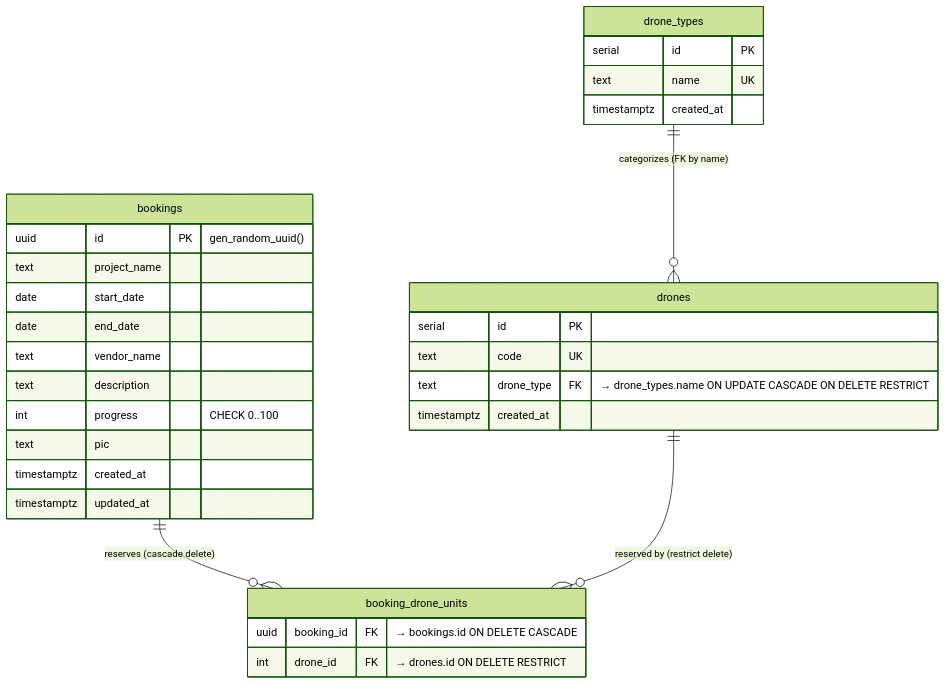
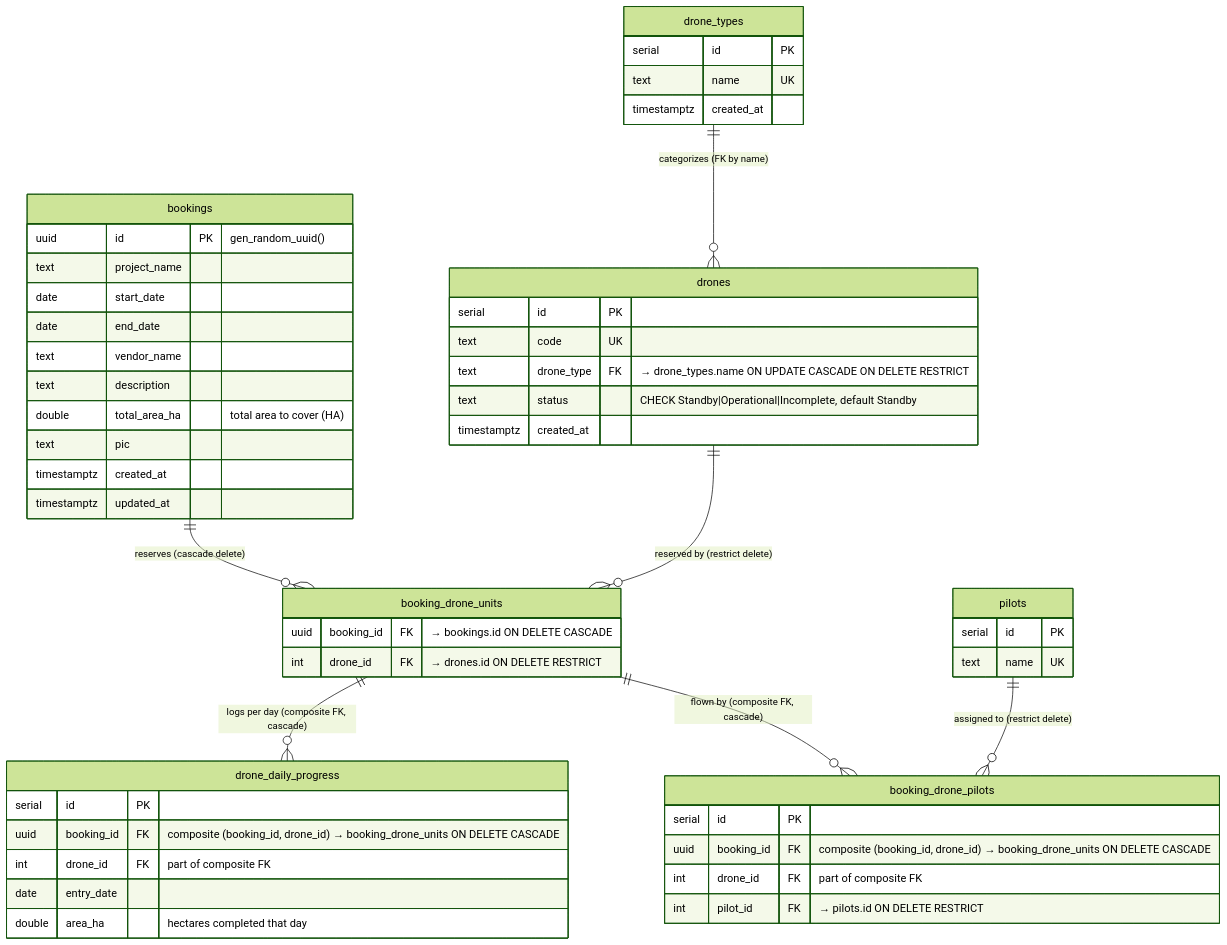
The second of 3 diagrams in docs/ARCHITECTURE.md (najibuhuy/book-my-drone), drawn with Mermaid (forest theme) before and after one commit. The commit also changed other lines of this file and 16 other files, not shown here.

First line of the commit message:
Add project area, per-drone daily progress, drone status, and project pilots

````diff
--- a/docs/ARCHITECTURE.md
+++ b/docs/ARCHITECTURE.md
@@ -73,34 +73,55 @@
 ```mermaid
 erDiagram
   bookings ||--o{ booking_drone_units : "reserves (cascade delete)"
   drones   ||--o{ booking_drone_units : "reserved by (restrict delete)"
   drone_types ||--o{ drones : "categorizes (FK by name)"
+  booking_drone_units ||--o{ drone_daily_progress : "logs per day (composite FK, cascade)"
+  booking_drone_units ||--o{ booking_drone_pilots : "flown by (composite FK, cascade)"
+  pilots ||--o{ booking_drone_pilots : "assigned to (restrict delete)"
 
   drone_types {
     serial      id PK
     text        name UK
     timestamptz created_at
   }
   drones {
     serial      id PK
     text        code UK
     text        drone_type FK "→ drone_types.name ON UPDATE CASCADE ON DELETE RESTRICT"
+    text        status "CHECK Standby|Operational|Incomplete, default Standby"
     timestamptz created_at
   }
   bookings {
     uuid        id PK "gen_random_uuid()"
     text        project_name
     date        start_date
     date        end_date
     text        vendor_name
     text        description
-    int         progress "CHECK 0..100"
+    double      total_area_ha "total area to cover (HA)"
     text        pic
     timestamptz created_at
     timestamptz updated_at
   }
   booking_drone_units {
     uuid    booking_id FK "→ bookings.id ON DELETE CASCADE"
     int     drone_id   FK "→ drones.id ON DELETE RESTRICT"
   }
+  drone_daily_progress {
+    serial  id PK
+    uuid    booking_id FK "composite (booking_id, drone_id) → booking_drone_units ON DELETE CASCADE"
+    int     drone_id   FK "part of composite FK"
+    date    entry_date
+    double  area_ha "hectares completed that day"
+  }
+  pilots {
+    serial  id PK
+    text    name UK
+  }
+  booking_drone_pilots {
+    serial  id PK
+    uuid    booking_id FK "composite (booking_id, drone_id) → booking_drone_units ON DELETE CASCADE"
+    int     drone_id   FK "part of composite FK"
+    int     pilot_id   FK "→ pilots.id ON DELETE RESTRICT"
+  }
 ```
````
